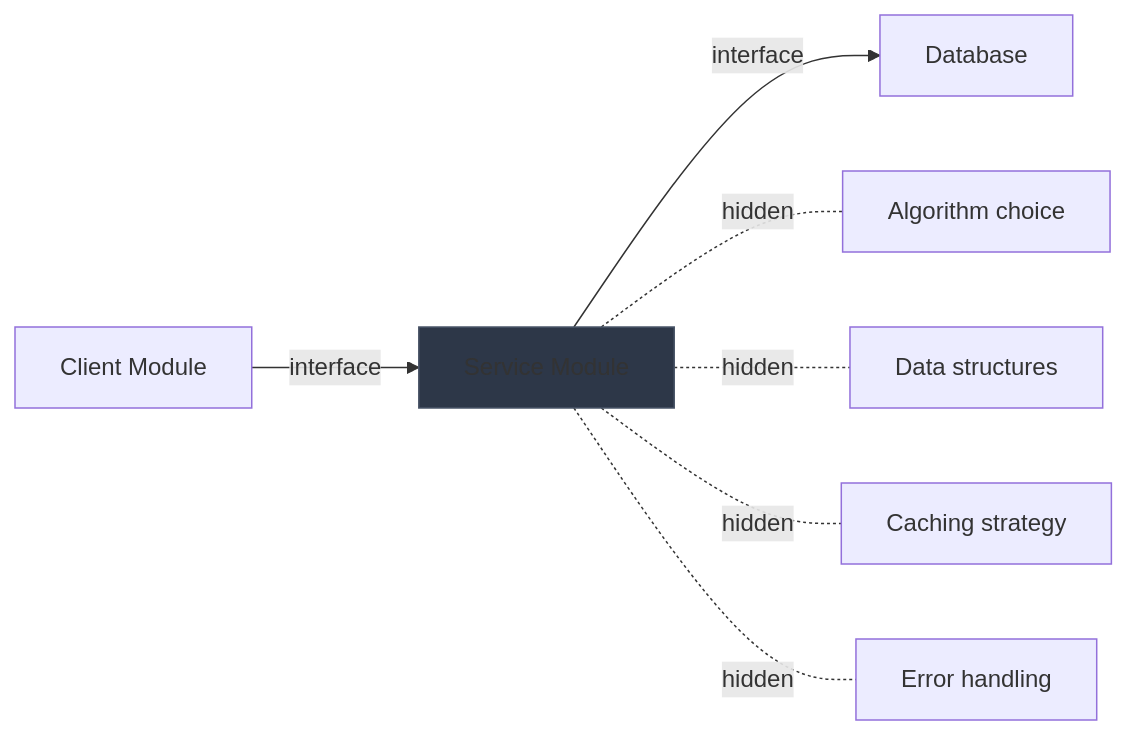
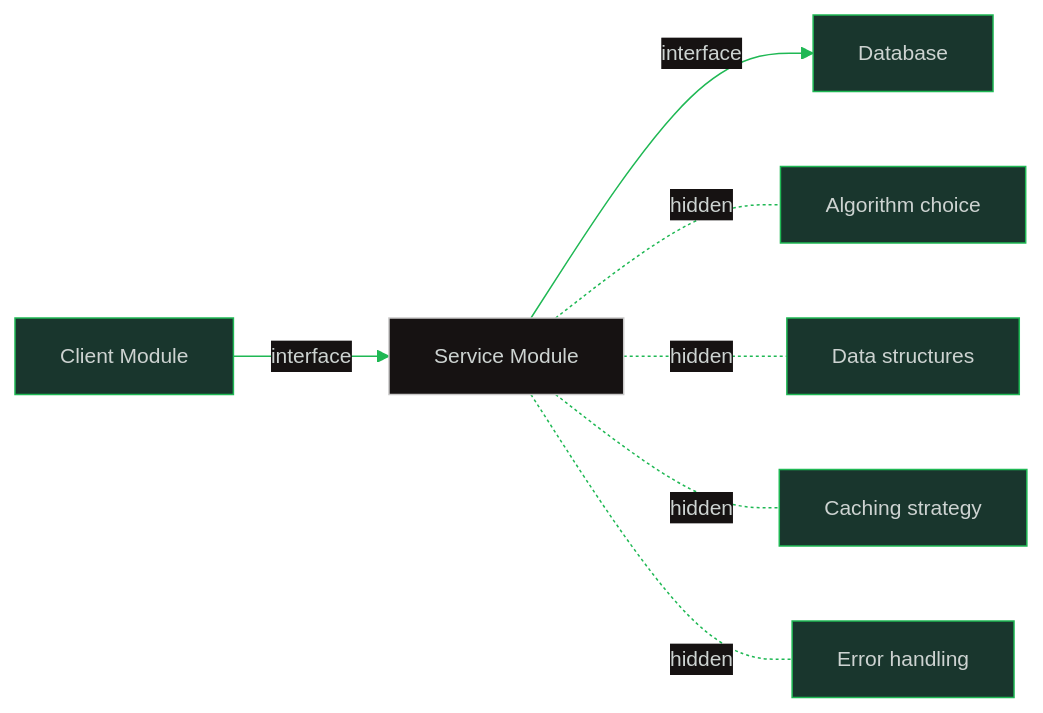
Before and after one commit to oat431/swe-knowledge: the fourth of 5 diagrams in engineering-foundation-note/02 SWE Process/28_Abstraction_and_Encapsulation.md, drawn with Mermaid. The commit also changed other lines of this file and 23 other files, not shown here.

````diff
--- a/engineering-foundation-note/02 SWE Process/28_Abstraction_and_Encapsulation.md
+++ b/engineering-foundation-note/02 SWE Process/28_Abstraction_and_Encapsulation.md
@@ -183,12 +184,13 @@
 ```mermaid
+%%{init: {'theme':'base','themeVariables':{'primaryColor':'#19362D','primaryTextColor':'#CDD3D1','primaryBorderColor':'#1FB854','lineColor':'#1FB854','background':'#1B1717','mainBkg':'#19362D','clusterBkg':'#161212','edgeLabelBackground':'#161212','titleColor':'#1FB854','fontSize':'14px'}}}%%
 graph LR
     A["Client Module"] -->|"interface"| B["Service Module"]
     B -->|"interface"| C["Database"]
 
-    style B fill:#2d3748,stroke:#4a5568
+    style B fill:#161212,stroke:#CAC9C9,color:#CDD3D1
 
     B -.-|"hidden"| B1["Algorithm choice"]
     B -.-|"hidden"| B2["Data structures"]
     B -.-|"hidden"| B3["Caching strategy"]
     B -.-|"hidden"| B4["Error handling"]
 ```
````
